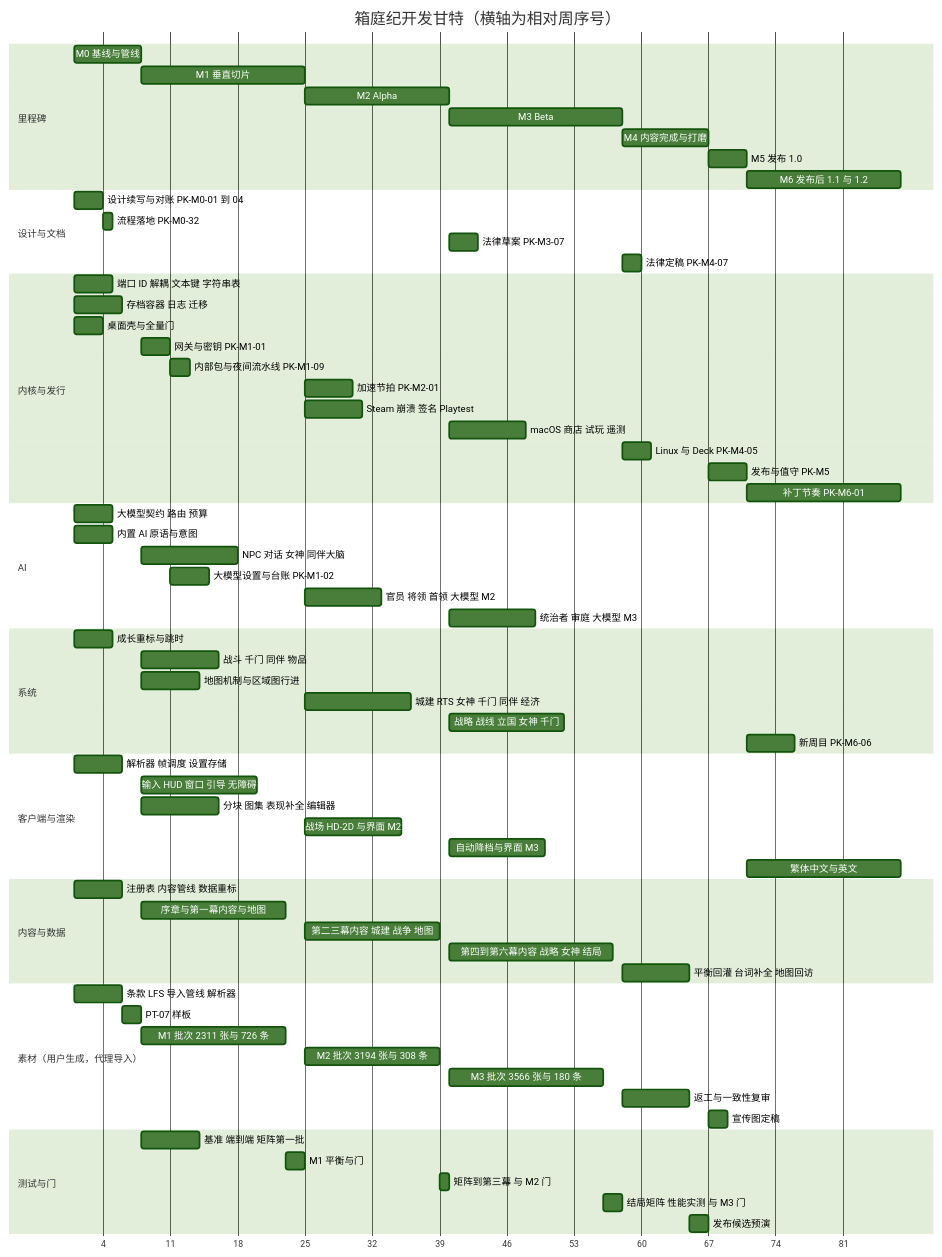
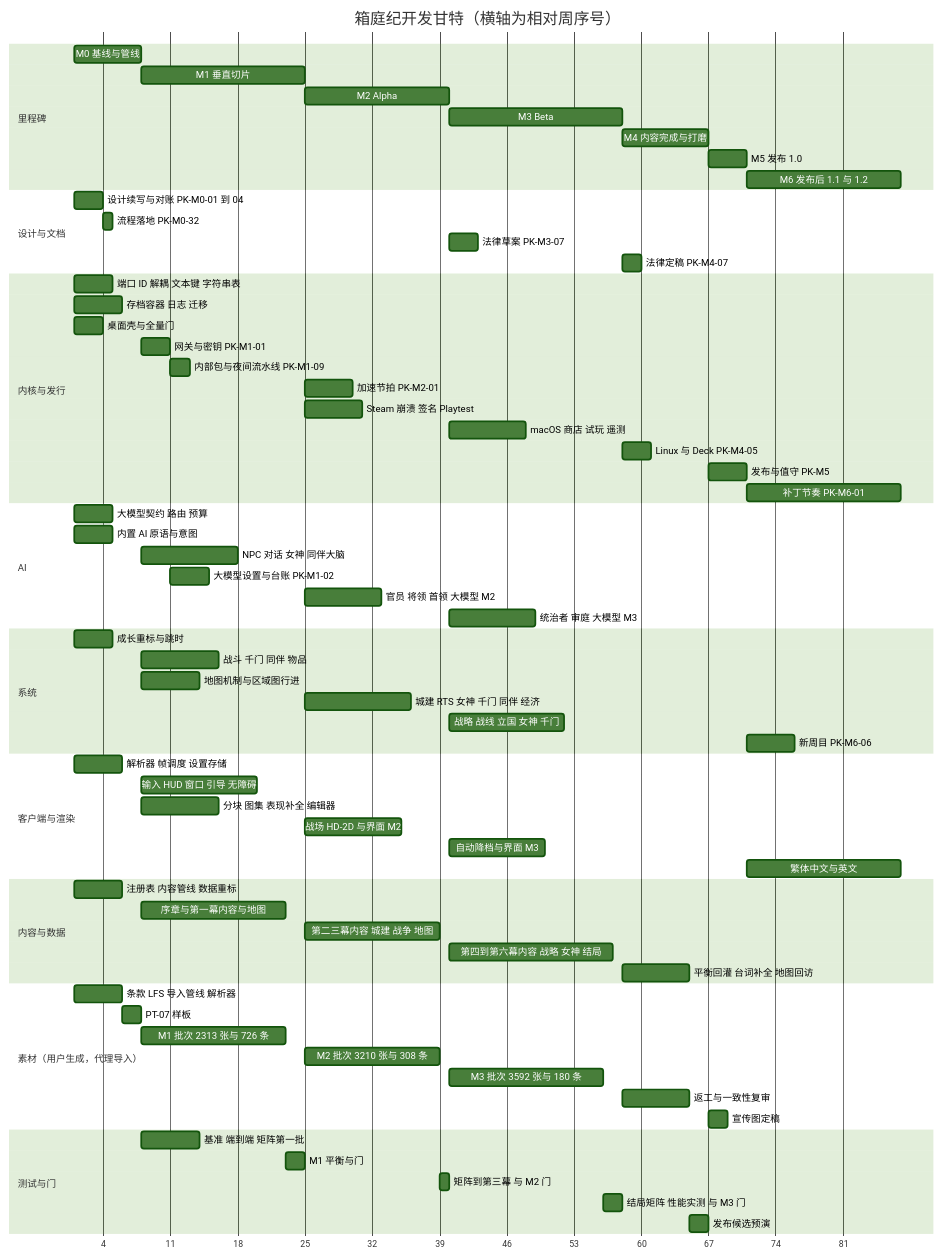
The diagram in hakoniwa/docs/60_production/development_plan.md (angelash/world-of-claudecraft), drawn with Mermaid (forest theme) before and after one commit. The commit also changed other lines of this file and 18 other files, not shown here.

````diff
--- a/hakoniwa/docs/60_production/development_plan.md
+++ b/hakoniwa/docs/60_production/development_plan.md
@@ -507,72 +507,72 @@
 ```mermaid
 gantt
   title 箱庭纪开发甘特（横轴为相对周序号）
   dateFormat X
   axisFormat %-j
   section 里程碑
   M0 基线与管线 :m0, 43200, 7d
   M1 垂直切片 :m1, after m0, 17d
   M2 Alpha :m2, after m1, 15d
   M3 Beta :m3, after m2, 18d
   M4 内容完成与打磨 :m4, after m3, 9d
   M5 发布 1.0 :m5, after m4, 4d
   M6 发布后 1.1 与 1.2 :m6, after m5, 16d
   section 设计与文档
   设计续写与对账 PK-M0-01 到 04 :d1, 43200, 3d
   流程落地 PK-M0-32 :d2, after d1, 1d
   法律草案 PK-M3-07 :d3, after m2, 3d
   法律定稿 PK-M4-07 :d4, after m3, 2d
   section 内核与发行
   端口 ID 解耦 文本键 字符串表 :k1, 43200, 4d
   存档容器 日志 迁移 :k2, 648000, 5d
   桌面壳与全量门 :k3, 43200, 3d
   网关与密钥 PK-M1-01 :k4, after m0, 3d
   内部包与夜间流水线 PK-M1-09 :k5, after k4, 2d
   加速节拍 PK-M2-01 :k6, after m1, 5d
   Steam 崩溃 签名 Playtest :k7, after m1, 6d
   macOS 商店 试玩 遥测 :k8, after m2, 8d
   Linux 与 Deck PK-M4-05 :k9, after m3, 3d
   发布与值守 PK-M5 :k10, after m4, 4d
   补丁节奏 PK-M6-01 :k11, after m5, 16d
   section AI
   大模型契约 路由 预算 :a1, 43200, 4d
   内置 AI 原语与意图 :a2, 1252800, 4d
   NPC 对话 女神 同伴大脑 :a3, after m0, 10d
   大模型设置与台账 PK-M1-02 :a4, after k4, 4d
   官员 将领 首领 大模型 M2 :a5, after m1, 8d
   统治者 审庭 大模型 M3 :a6, after m2, 9d
   section 系统
   成长重标与跳时 :s1, 1857600, 4d
   战斗 千门 同伴 物品 :s2, after m0, 8d
   地图机制与区域图行进 :s3, after m0, 6d
   城建 RTS 女神 千门 同伴 经济 :s4, after m1, 11d
   战略 战线 立国 女神 千门 :s5, after m2, 12d
   新周目 PK-M6-06 :s6, after m5, 5d
   section 客户端与渲染
   解析器 帧调度 设置存储 :c1, 648000, 5d
   输入 HUD 窗口 引导 无障碍 :c2, after m0, 12d
   分块 图集 表现补全 编辑器 :c3, after m0, 8d
   战场 HD-2D 与界面 M2 :c4, after m1, 10d
   自动降档与界面 M3 :c5, after m2, 10d
   繁体中文与英文 :c6, after m5, 16d
   section 内容与数据
   注册表 内容管线 数据重标 :t1, 43200, 5d
   序章与第一幕内容与地图 :t2, after m0, 15d
   第二三幕内容 城建 战争 地图 :t3, after m1, 14d
   第四到第六幕内容 战略 女神 结局 :t4, after m2, 17d
   平衡回灌 台词补全 地图回访 :t5, after m3, 7d
   section 素材（用户生成，代理导入）
   条款 LFS 导入管线 解析器 :r1, 43200, 5d
   PT-07 样板 :r2, after r1, 2d
-  M1 批次 2311 张与 726 条 :r3, after m0, 15d
-  M2 批次 3194 张与 308 条 :r4, after m1, 14d
-  M3 批次 3566 张与 180 条 :r5, after m2, 16d
+  M1 批次 2313 张与 726 条 :r3, after m0, 15d
+  M2 批次 3210 张与 308 条 :r4, after m1, 14d
+  M3 批次 3592 张与 180 条 :r5, after m2, 16d
   返工与一致性复审 :r6, after m3, 7d
   宣传图定稿 :r7, after m4, 2d
   section 测试与门
   基准 端到端 矩阵第一批 :q1, after m0, 6d
   M1 平衡与门 :q2, after r3, 2d
   矩阵到第三幕 与 M2 门 :q3, after r4, 1d
   结局矩阵 性能实测 与 M3 门 :q4, after r5, 2d
   发布候选预演 :q5, after t5, 2d
 ```
````
